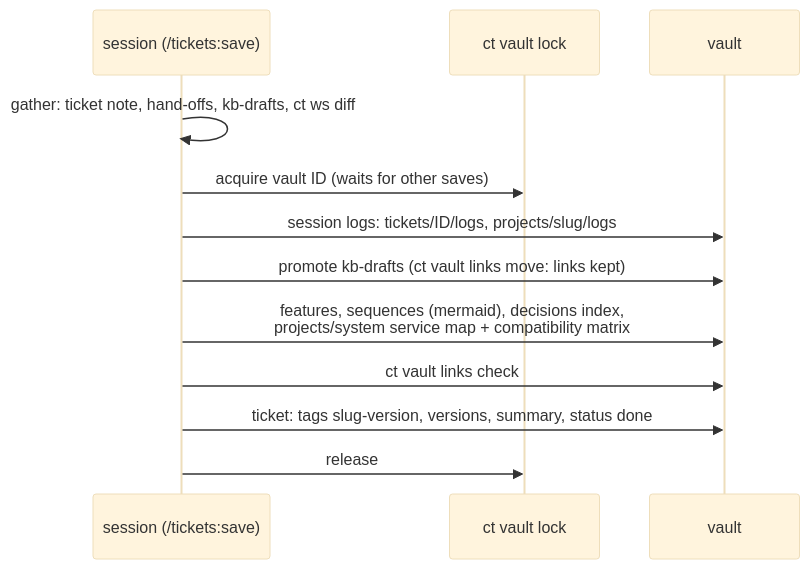
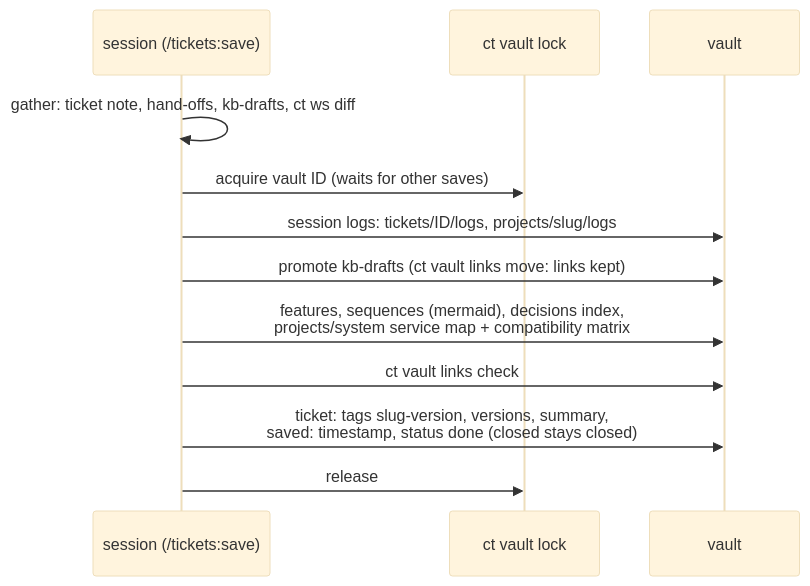
One commit to zero4573/claude-tickets changed the fourth of 6 diagrams in README.md. Above: the diagram before and after it, drawn with Mermaid (base theme). The commit also changed other lines of this file and 1 other file, not shown here.

````diff
--- a/README.md
+++ b/README.md
@@ -367,14 +382,14 @@
 ```mermaid
 sequenceDiagram
   participant S as session (/tickets:save)
   participant L as ct vault lock
   participant V as vault
   S->>S: gather: ticket note, hand-offs, kb-drafts, ct ws diff
   S->>L: acquire vault ID (waits for other saves)
   S->>V: session logs: tickets/ID/logs, projects/slug/logs
   S->>V: promote kb-drafts (ct vault links move: links kept)
   S->>V: features, sequences (mermaid), decisions index,<br/>projects/system service map + compatibility matrix
   S->>V: ct vault links check
-  S->>V: ticket: tags slug-version, versions, summary, status done
+  S->>V: ticket: tags slug-version, versions, summary,<br/>saved: timestamp, status done (closed stays closed)
   S->>L: release
 ```
````
